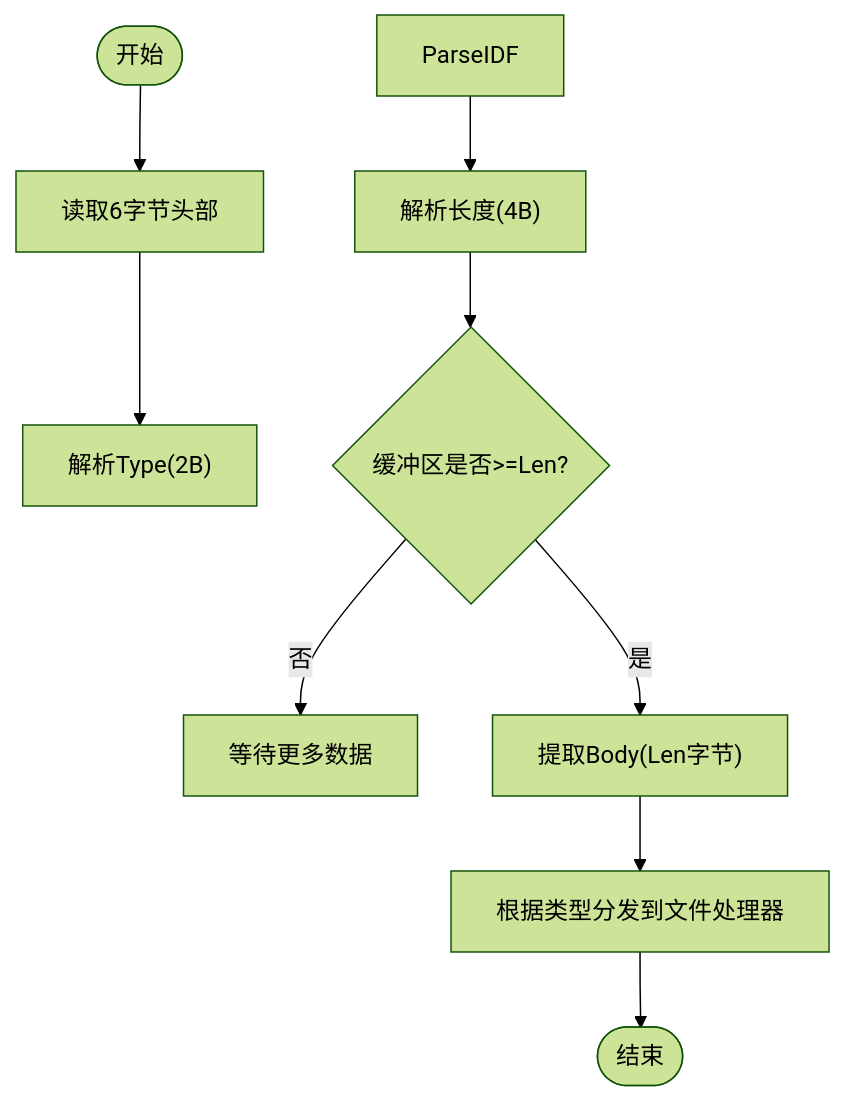
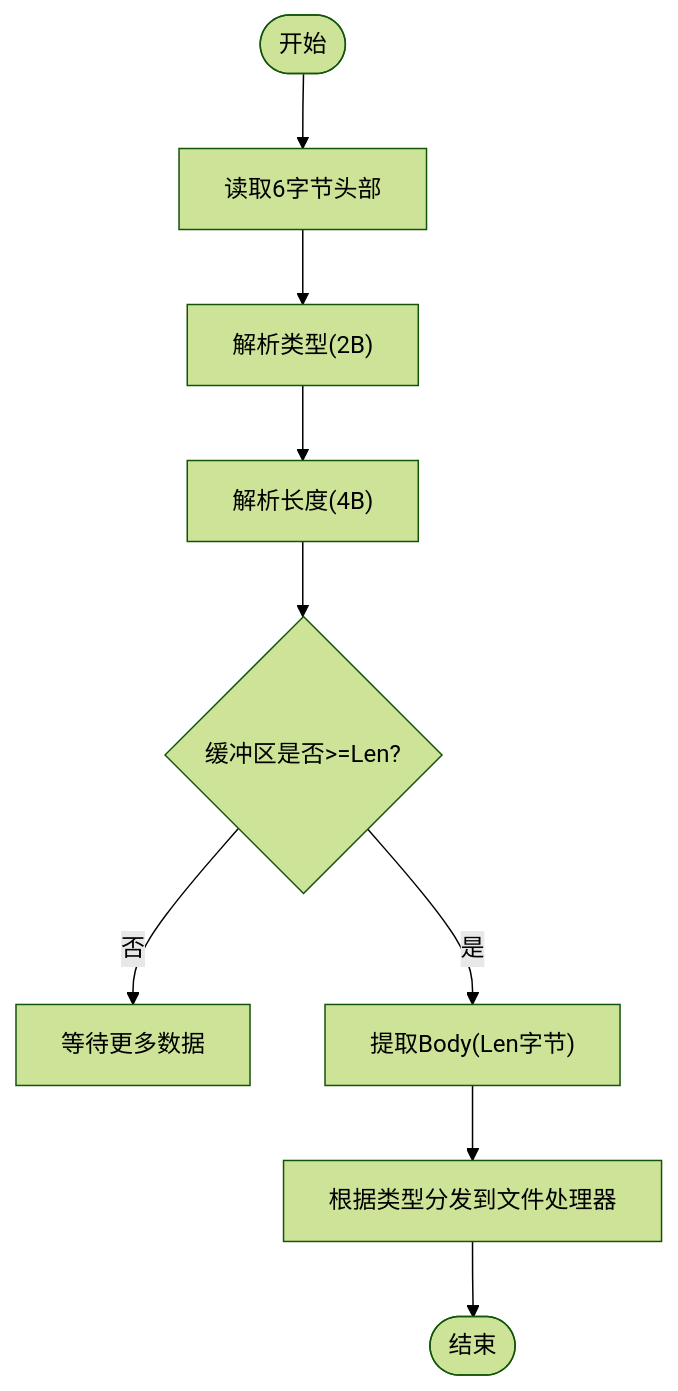
Before and after one commit to echo9923/mychatter: the seventh of 10 diagrams in .qoder/repowiki/zh/content/网络通信/TCP通信协议/TCP消息协议/消息帧格式规范.md, drawn with Mermaid (forest theme). The commit also changed other lines of this file and 132 other files, not shown here.

````diff
--- a/.qoder/repowiki/zh/content/网络通信/TCP通信协议/TCP消息协议/消息帧格式规范.md
+++ b/.qoder/repowiki/zh/content/网络通信/TCP通信协议/TCP消息协议/消息帧格式规范.md
@@ -234,11 +300,11 @@
 ```mermaid
 flowchart TD
 StartF(["开始"]) --> ReadHeadF["读取6字节头部"]
-ReadHeadF --> ParseTypeF["解析Type(2B)"]
-ParseIDF --> ParseLenF["解析长度(4B)"]
+ReadHeadF --> ParseTypeF["解析类型(2B)"]
+ParseTypeF --> ParseLenF["解析长度(4B)"]
 ParseLenF --> CheckBufF{"缓冲区是否>=Len?"}
 CheckBufF -- "否" --> WaitMoreF["等待更多数据"]
 CheckBufF -- "是" --> ExtractBodyF["提取Body(Len字节)"]
 ExtractBodyF --> DispatchF["根据类型分发到文件处理器"]
 DispatchF --> EndF(["结束"])
 ```
````
